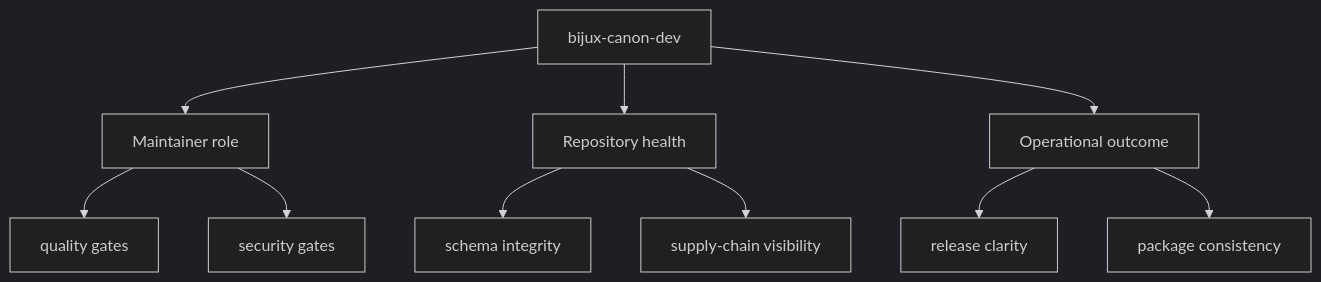
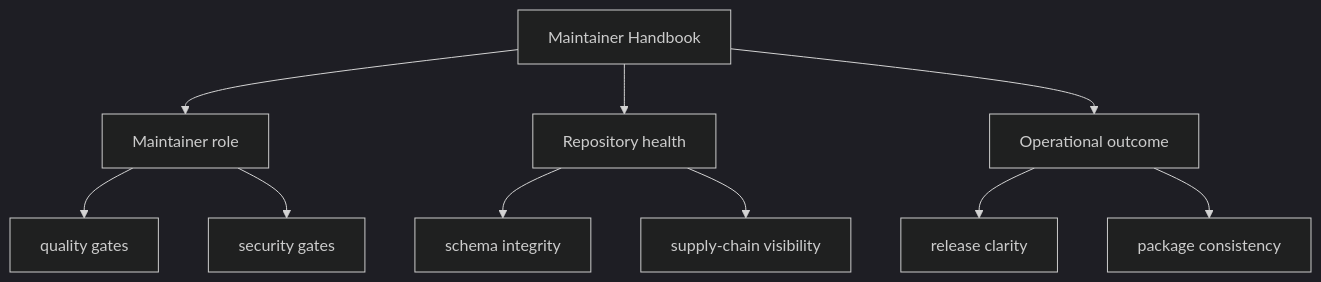
One commit to bijux/bijux-canon changed the second of 2 diagrams in docs/bijux-canon-dev/index.md. Above: the diagram before and after it, drawn with Mermaid (dark theme). The commit also changed other lines of this file and 261 other files, not shown here.

Commit message:
docs(canon): unify handbook style with the shared bijux docs system

````diff
--- a/docs/bijux-canon-dev/index.md
+++ b/docs/bijux-canon-dev/index.md
@@ -36,22 +36,22 @@
 ```mermaid
 flowchart TD
-    page["bijux-canon-dev"]
+    page["Maintainer Handbook"]
     focus1["Maintainer role"]
     page --> focus1
     focus1_1["quality gates"]
     focus1 --> focus1_1
     focus1_2["security gates"]
     focus1 --> focus1_2
     focus2["Repository health"]
     page --> focus2
     focus2_1["schema integrity"]
     focus2 --> focus2_1
     focus2_2["supply-chain visibility"]
     focus2 --> focus2_2
     focus3["Operational outcome"]
     page --> focus3
     focus3_1["release clarity"]
     focus3 --> focus3_1
     focus3_2["package consistency"]
     focus3 --> focus3_2
 ```
````
